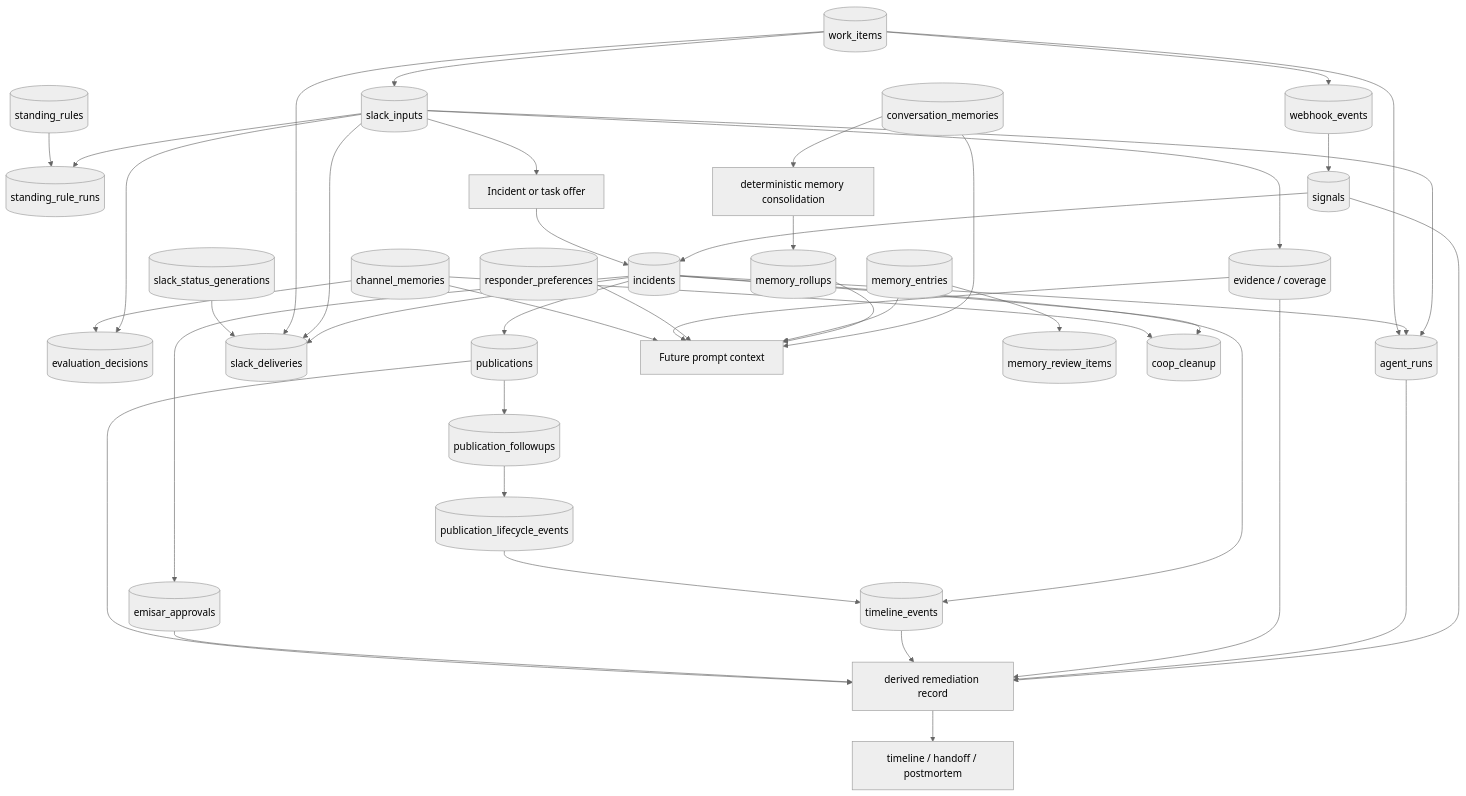
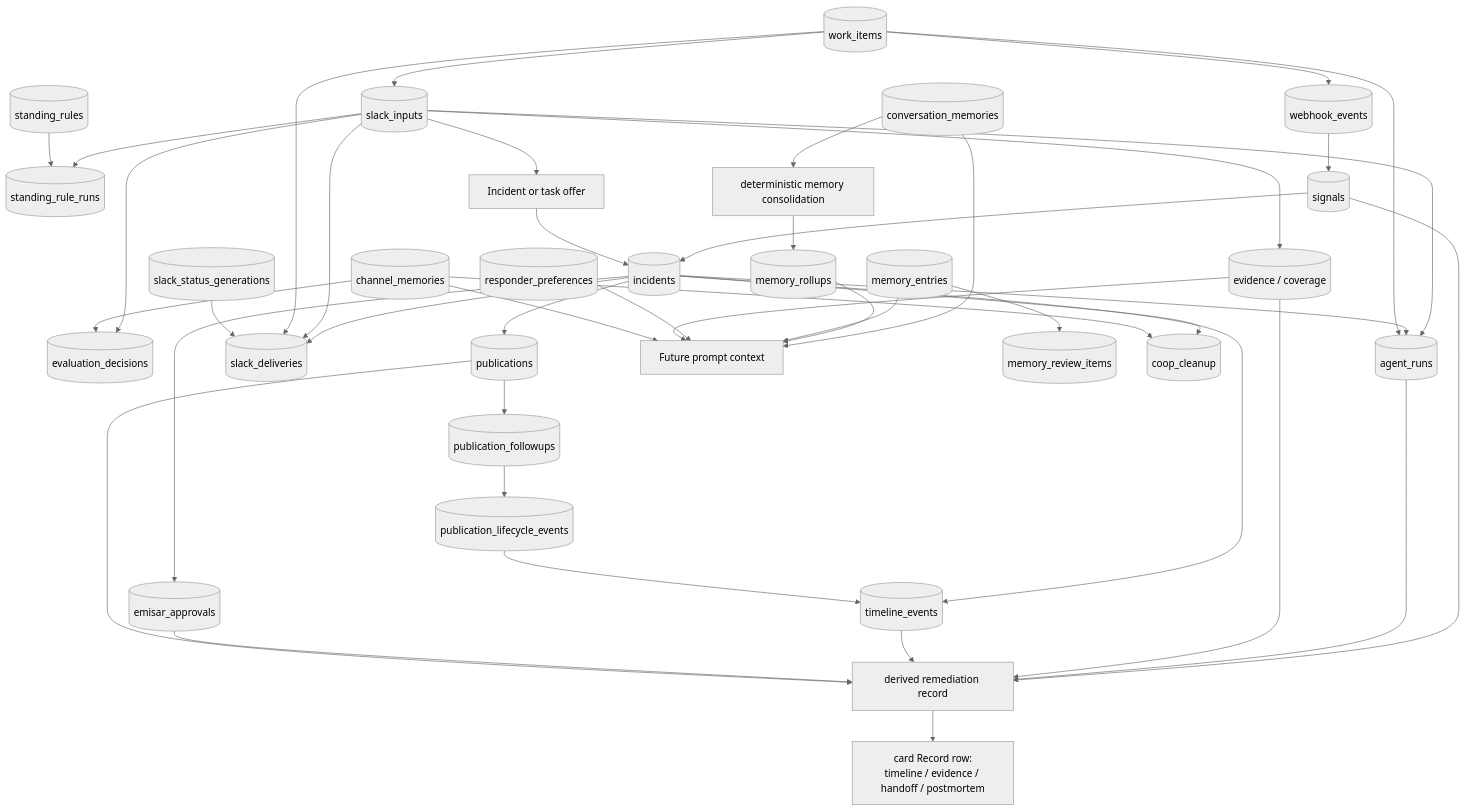
Before and after one commit to AndrewDryga/ryker: diagram 11 of 11 in docs/how-responder-works.md, drawn with Mermaid (neutral theme). The commit also changed other lines of this file and 33 other files, not shown here.

````diff
--- a/docs/how-responder-works.md
+++ b/docs/how-responder-works.md
@@ -667,50 +669,50 @@
 ```mermaid
 flowchart TB
   SlackInput[("slack_inputs")] --> Evaluation[("evaluation_decisions")]
   SlackInput --> RuleRun[("standing_rule_runs")]
   SlackInput --> Evidence[("evidence / coverage")]
   SlackInput --> WorkOffer["Incident or task offer"]
 
   Webhook[("webhook_events")] --> Signals[("signals")]
   Signals --> Incident[("incidents")]
   WorkOffer --> Incident
 
   SlackInput --> AgentRuns[("agent_runs")]
   Incident --> AgentRuns
   Incident --> Deliveries[("slack_deliveries")]
   SlackInput --> Deliveries
   Incident --> Timeline[("timeline_events")]
   Incident --> Approvals[("emisar_approvals")]
   Incident --> Publication[("publications")]
   Publication --> PublicationFollowup[("publication_followups")]
   PublicationFollowup --> PublicationEvents[("publication_lifecycle_events")]
 
   Signals --> Remediation["derived remediation record"]
   AgentRuns --> Remediation
   Evidence --> Remediation
   Timeline --> Remediation
   Approvals --> Remediation
   Publication --> Remediation
   PublicationEvents --> Timeline
-  Remediation --> SlackViews["timeline / handoff / postmortem"]
+  Remediation --> SlackViews["card Record row:<br/>timeline / evidence / handoff / postmortem"]
 
   ChannelMemory[("channel_memories")] --> Evaluation
   ConversationMemory[("conversation_memories")] --> PromptContext
   ConversationMemory --> Dreaming["deterministic memory consolidation"]
   Dreaming --> Rollups[("memory_rollups")]
   Rollups --> PromptContext
   Memory[("memory_entries")] --> PromptContext["Future prompt context"]
   Memory --> Reviews[("memory_review_items")]
   Preferences[("responder_preferences")] --> PromptContext
   Rules[("standing_rules")] --> RuleRun
   Evidence --> PromptContext
   ChannelMemory --> PromptContext
 
   Incident --> Cleanup[("coop_cleanup")]
   ChannelMemory --> Cleanup
   Scheduler[("work_items")] --> SlackInput
   Scheduler --> Webhook
   Scheduler --> AgentRuns
   Scheduler --> Deliveries
   StatusGeneration[("slack_status_generations")] --> Deliveries
 ```
````
